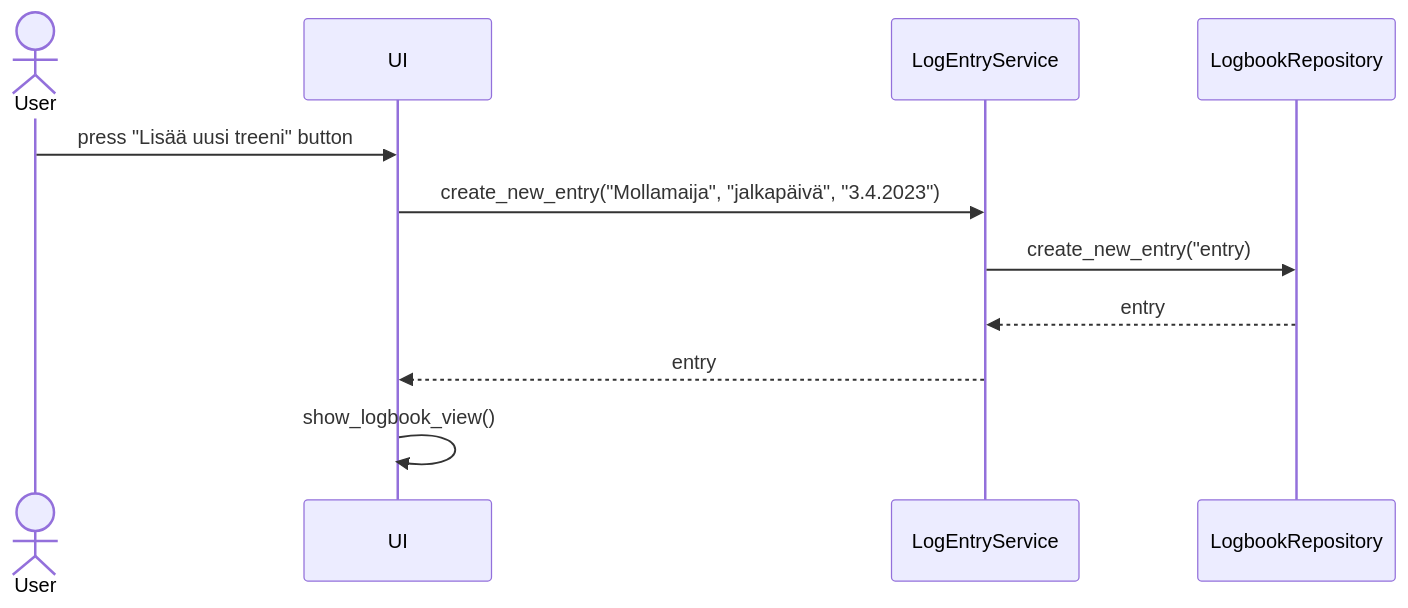
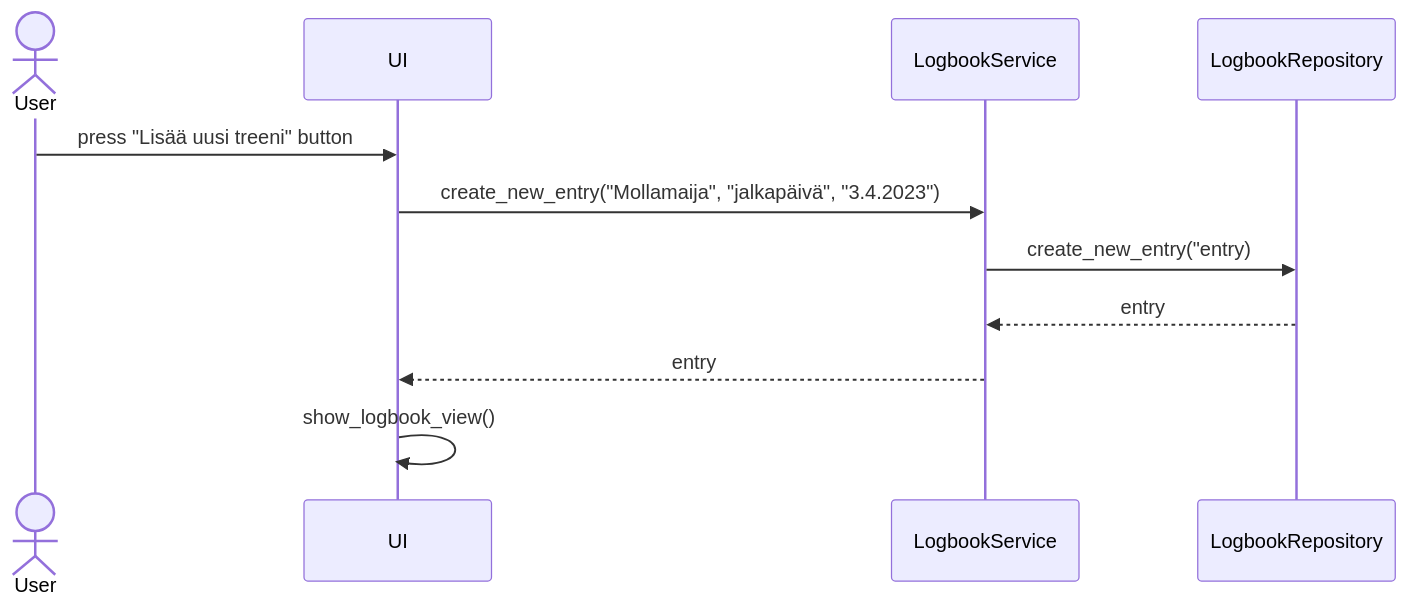
One commit to brotholi/ot-harjoitustyo changed the fifth of 5 diagrams in dokumentaatio/arkkitehtuuri.md. Above: the diagram before and after it, drawn with Mermaid. The commit also changed other lines of this file, not shown here.

````diff
--- a/dokumentaatio/arkkitehtuuri.md
+++ b/dokumentaatio/arkkitehtuuri.md
@@ -89,13 +89,13 @@
 ```mermaid
 sequenceDiagram
   actor User
   participant UI
-  participant LogEntryService
+  participant LogbookService
   participant LogbookRepository
   User->>UI: press "Lisää uusi treeni" button
-  UI->>LogEntryService: create_new_entry("Mollamaija", "jalkapäivä", "3.4.2023")
-  LogEntryService->>LogbookRepository: create_new_entry("entry)
-  LogbookRepository-->>LogEntryService: entry
-  LogEntryService-->>UI: entry
+  UI->>LogbookService: create_new_entry("Mollamaija", "jalkapäivä", "3.4.2023")
+  LogbookService->>LogbookRepository: create_new_entry("entry)
+  LogbookRepository-->>LogbookService: entry
+  LogbookService-->>UI: entry
   UI->>UI: show_logbook_view()
  ```
````
